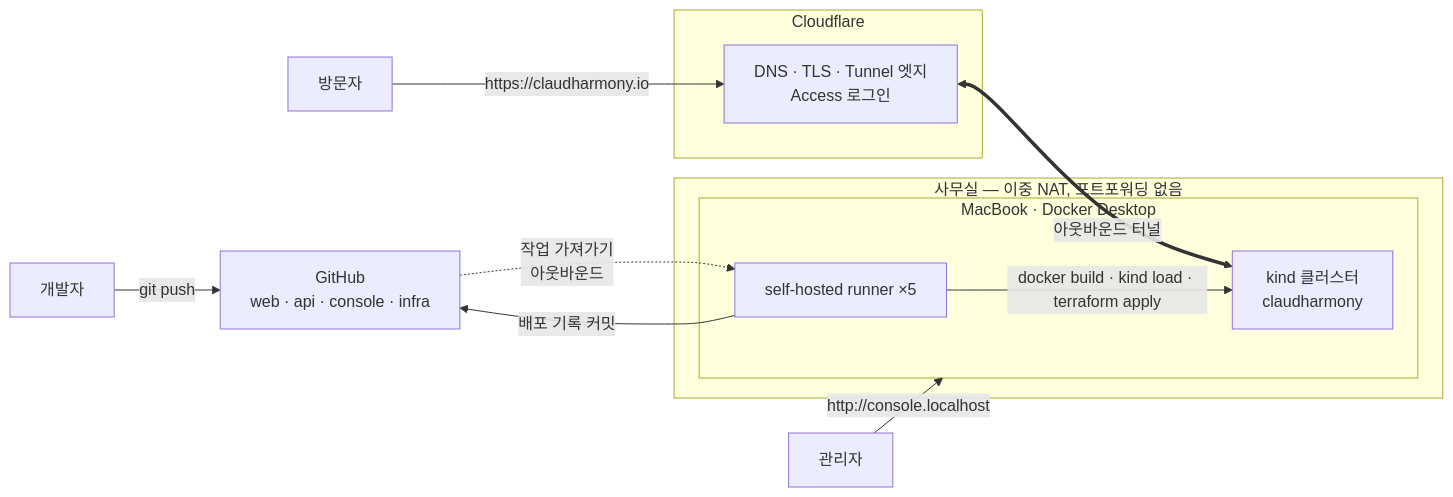
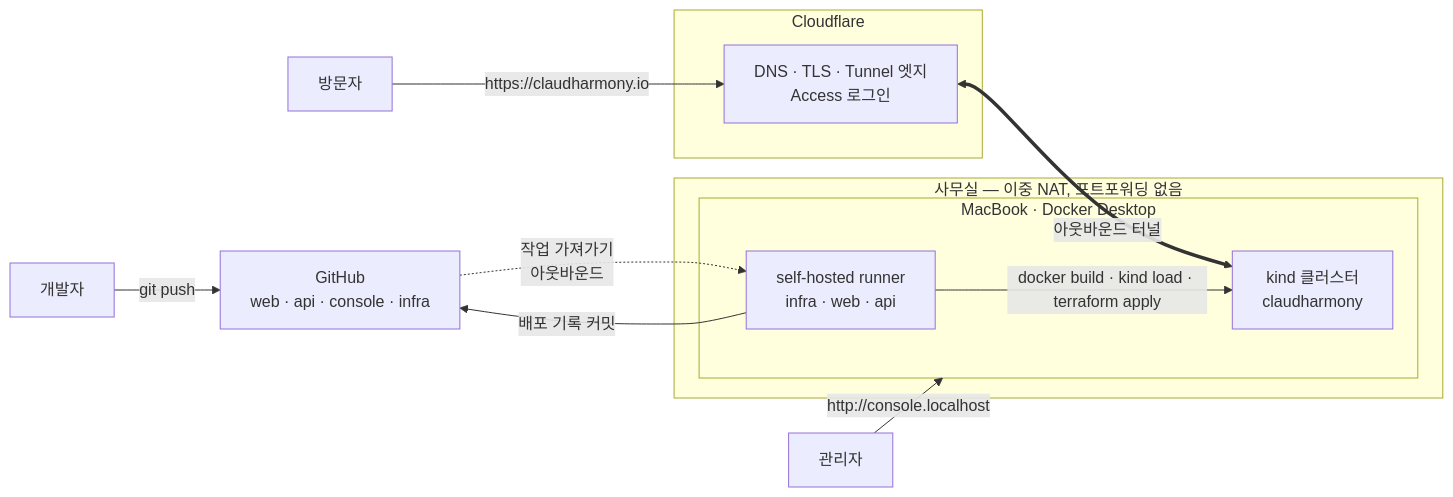
One commit to ParkSeWoo/claudharmony-infra changed the first of 6 diagrams in docs/01-architecture.md. Above: the diagram before and after it, drawn with Mermaid. The commit also changed 15 other files, not shown here.

````diff
--- a/docs/01-architecture.md
+++ b/docs/01-architecture.md
@@ -12,22 +12,22 @@
 ```mermaid
 flowchart LR
     USER[방문자] -->|https://claudharmony.io| CF
     ADMIN[관리자] -->|http://console.localhost| MAC
     DEVR[개발자] -->|git push| GH[GitHub<br/>web · api · console · infra]
 
     subgraph CLOUD[Cloudflare]
       CF[DNS · TLS · Tunnel 엣지<br/>Access 로그인]
     end
 
     subgraph OFFICE[사무실 — 이중 NAT, 포트포워딩 없음]
       subgraph MAC[MacBook · Docker Desktop]
         K8S[kind 클러스터<br/>claudharmony]
-        RUN[self-hosted runner ×5]
+        RUN[self-hosted runner<br/>infra · web · api]
       end
     end
 
     CF <==>|아웃바운드 터널| K8S
     GH -.작업 가져가기<br/>아웃바운드.-> RUN
     RUN -->|docker build · kind load · terraform apply| K8S
     RUN -->|배포 기록 커밋| GH
 ```
````
